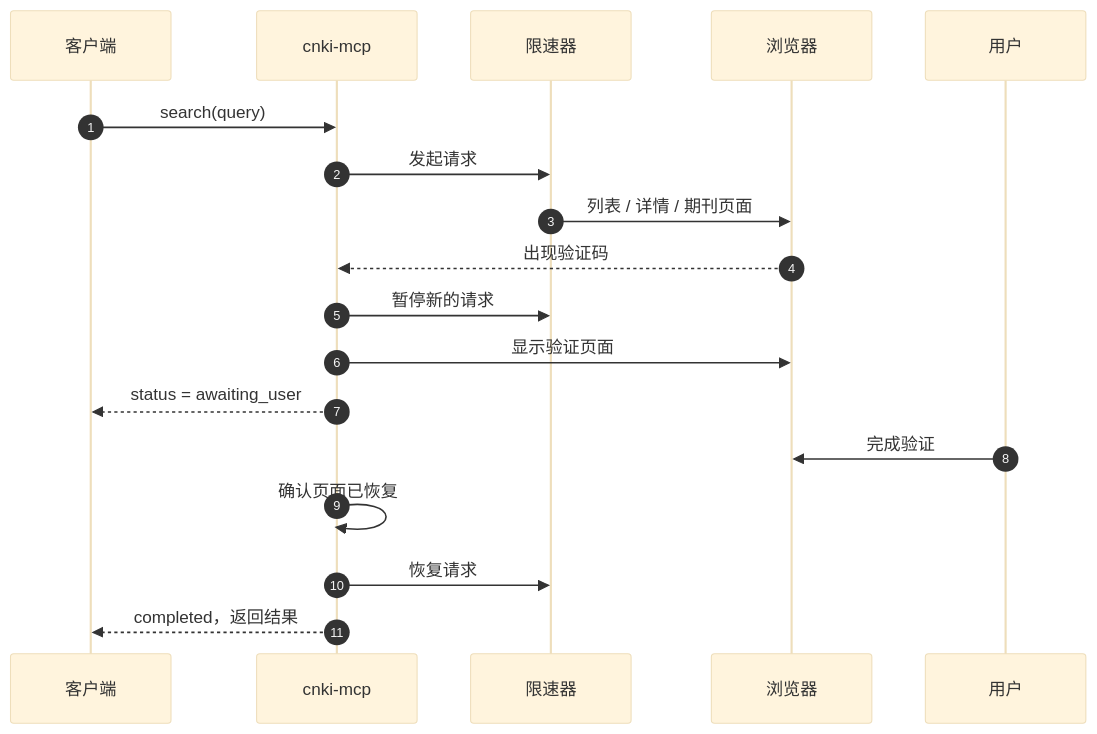
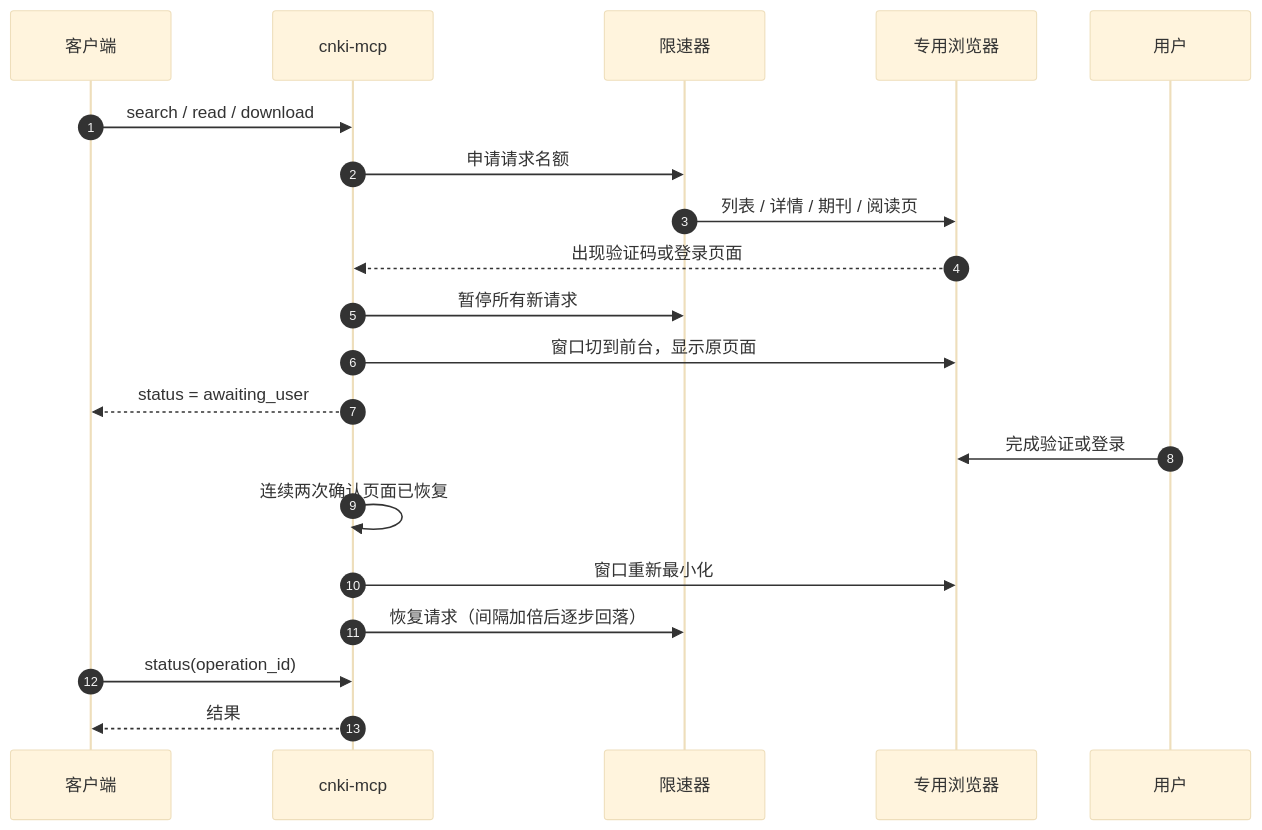
The diagram in README.md (ChengDSYJ-Studio/CNKI-Enhanced-MCP), drawn with Mermaid (base theme) before and after one commit. The commit also changed other lines of this file and 145 other files, not shown here.

````diff
--- a/README.md
+++ b/README.md
@@ -660,20 +485,22 @@
 ```mermaid
 sequenceDiagram
     autonumber
     participant C as 客户端
     participant M as cnki-mcp
     participant L as 限速器
-    participant B as 浏览器
+    participant B as 专用浏览器
     participant U as 用户
-    C->>M: search(query)
-    M->>L: 发起请求
-    L->>B: 列表 / 详情 / 期刊页面
-    B-->>M: 出现验证码
-    M->>L: 暂停新的请求
-    M->>B: 显示验证页面
+    C->>M: search / read / download
+    M->>L: 申请请求名额
+    L->>B: 列表 / 详情 / 期刊 / 阅读页
+    B-->>M: 出现验证码或登录页面
+    M->>L: 暂停所有新请求
+    M->>B: 窗口切到前台，显示原页面
     M-->>C: status = awaiting_user
-    U->>B: 完成验证
-    M->>M: 确认页面已恢复
-    M->>L: 恢复请求
-    M-->>C: completed，返回结果
+    U->>B: 完成验证或登录
+    M->>M: 连续两次确认页面已恢复
+    M->>B: 窗口重新最小化
+    M->>L: 恢复请求（间隔加倍后逐步回落）
+    C->>M: status(operation_id)
+    M-->>C: 结果
 ```
````
